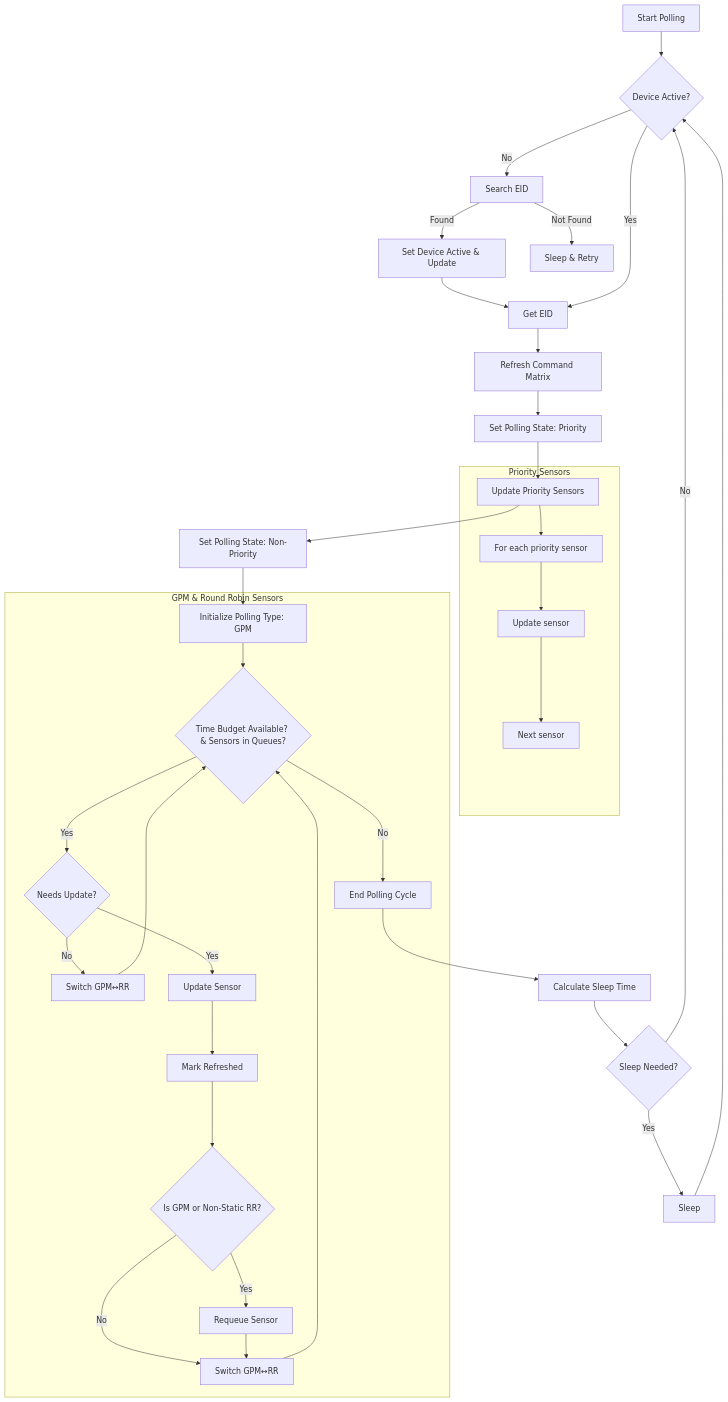
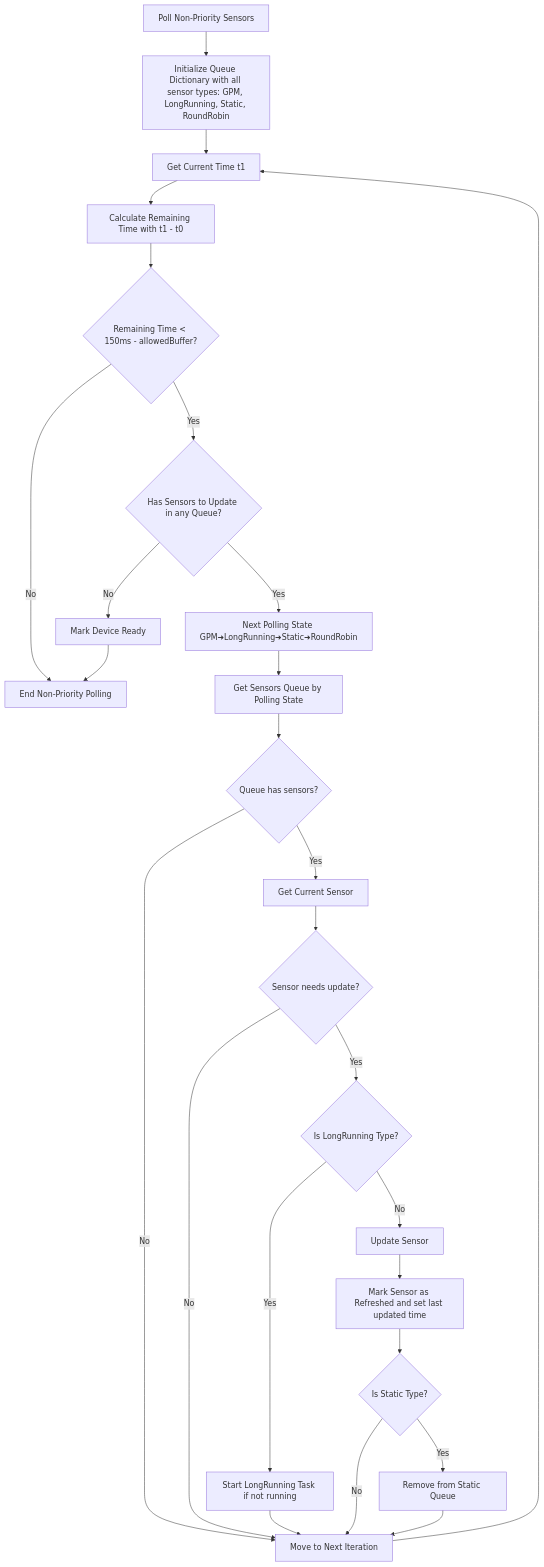
Before and after one commit to NVIDIA/nvbmc-docs: the fifth of 12 diagrams in nvidia/NSM/nsmd.md, drawn with Mermaid. The commit also changed other lines of this file, not shown here.

````diff
--- a/nvidia/NSM/nsmd.md
+++ b/nvidia/NSM/nsmd.md
@@ -298,43 +369,38 @@
 ```mermaid
-graph TD
-    A[Start Polling] --> B{Device Active?}
-    B -->|No| C[Search EID]
-    C -->|Found| D[Set Device Active & Update]
-    C -->|Not Found| E[Sleep & Retry]
-    D --> F[Get EID]
-    B -->|Yes| F
-    F --> G[Refresh Command Matrix]
-    G --> H[Set Polling State: Priority]
-    H --> I[Update Priority Sensors]
-    I --> J[Set Polling State: Non-Priority]
-    J --> K[Initialize Polling Type: GPM]
+flowchart TD
+    %% Non-Priority Sensors Polling
+    Start[Poll Non-Priority Sensors] --> InitQueues[Initialize Queue Dictionary with all sensor types: GPM, LongRunning, Static, RoundRobin]
+    InitQueues --> GetTime[Get Current Time t1]
+    GetTime --> CalculateRemainingTime[Calculate Remaining Time with t1 - t0]
+    CalculateRemainingTime --> CheckTime{Remaining Time < 150ms - allowedBuffer?}
     
-    subgraph Priority Sensors
-        I --> I1[For each priority sensor]
-        I1 --> I2[Update sensor]
-        I2 --> I3[Next sensor]
-    end
+    CheckTime -->|No| End[End Non-Priority Polling]
+    CheckTime -->|Yes| CheckSensors{Has Sensors to Update in any Queue?}
     
-    subgraph GPM & Round Robin Sensors
-        K --> L{Time Budget Available? & Sensors in Queues?}
-        L -->|No| M[End Polling Cycle]
-        L -->|Yes| N{Needs Update?}
-        
-        N -->|No| O[Switch GPM↔RR]
-        N -->|Yes| P[Update Sensor]
-        P --> Q[Mark Refreshed]
-        Q --> R{Is GPM or Non-Static RR?}
-        R -->|Yes| S[Requeue Sensor]
-        R -->|No| T[Switch GPM↔RR]
-        
-        O --> L
-        S --> T
-        T --> L
-    end
+    CheckSensors -->|No| MarkReady[Mark Device Ready]
+    MarkReady --> End
     
-    M --> W[Calculate Sleep Time]
-    W --> X{Sleep Needed?}
-    X -->|Yes| Y[Sleep]
-    X -->|No| B
-    Y --> B
+    CheckSensors -->|Yes| NextState[Next Polling State GPM➜LongRunning➜Static➜RoundRobin]
+    NextState --> GetQueue[Get Sensors Queue by Polling State]
+    GetQueue --> CheckQueue{Queue has sensors?}
+    
+    CheckQueue -->|No| NextIteration[Move to Next Iteration]
+    CheckQueue -->|Yes| GetSensor[Get Current Sensor]
+    GetSensor --> CheckNeedsUpdate{Sensor needs update?}
+    
+    CheckNeedsUpdate -->|No| NextIteration
+    CheckNeedsUpdate -->|Yes| CheckLongRunning{Is LongRunning Type?}
+    
+    CheckLongRunning -->|Yes| StartLongRunningTask[Start LongRunning Task if not running]
+    StartLongRunningTask --> NextIteration
+    
+    CheckLongRunning -->|No| UpdateSensor[Update Sensor]
+    UpdateSensor --> MarkRefreshed[Mark Sensor as Refreshed and set last updated time]
+    MarkRefreshed --> CheckStatic{Is Static Type?}
+    
+    CheckStatic -->|Yes| RemoveFromQueue[Remove from Static Queue]
+    CheckStatic -->|No| NextIteration
+    RemoveFromQueue --> NextIteration
+    
+    NextIteration --> GetTime
 ```
````
